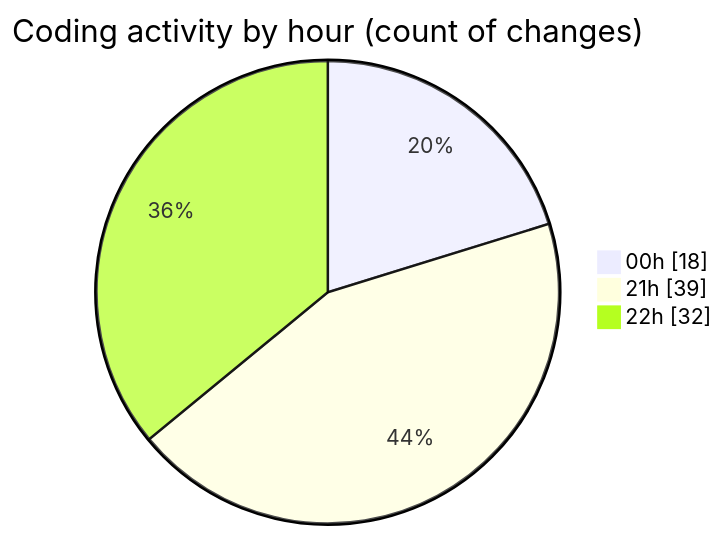
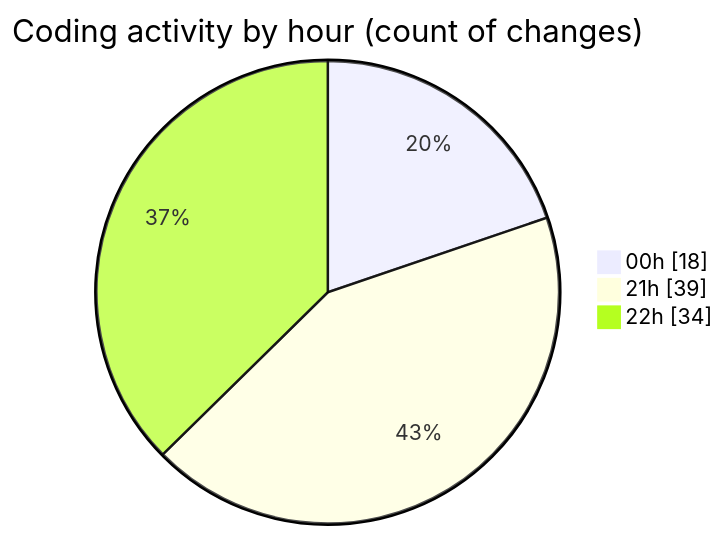
Before and after one commit to Netris89/code-tracking: the second of 2 diagrams in 2025-04-23/echo/README.md, drawn with Mermaid. The commit also changed other lines of this file and 1 other file, not shown here.

````diff
--- a/2025-04-23/echo/README.md
+++ b/2025-04-23/echo/README.md
@@ -32,7 +32,7 @@
 ```mermaid
 pie showData
 title Coding activity by hour (count of changes)
 "00h" : 18
 "21h" : 39
-"22h" : 32
+"22h" : 34
 ```
````
